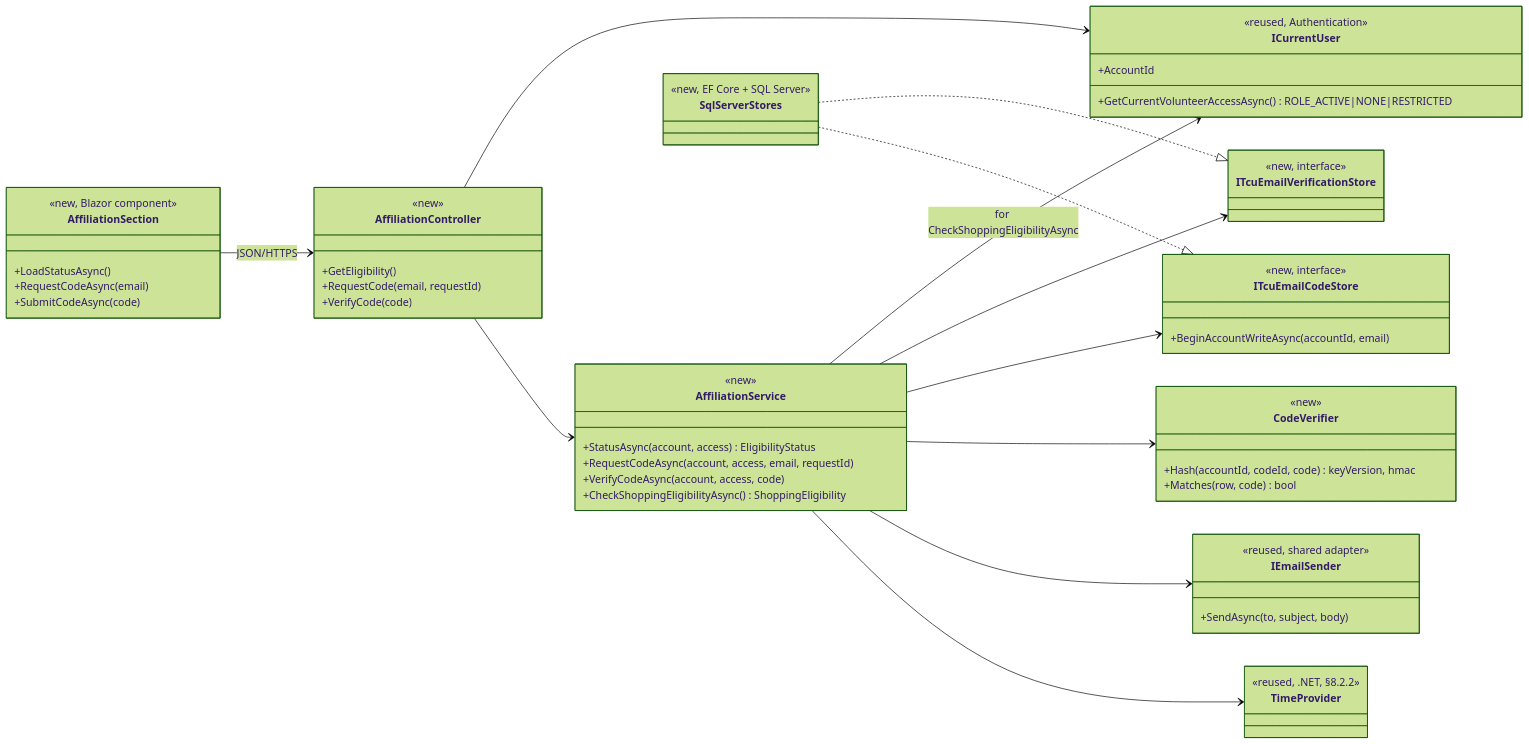
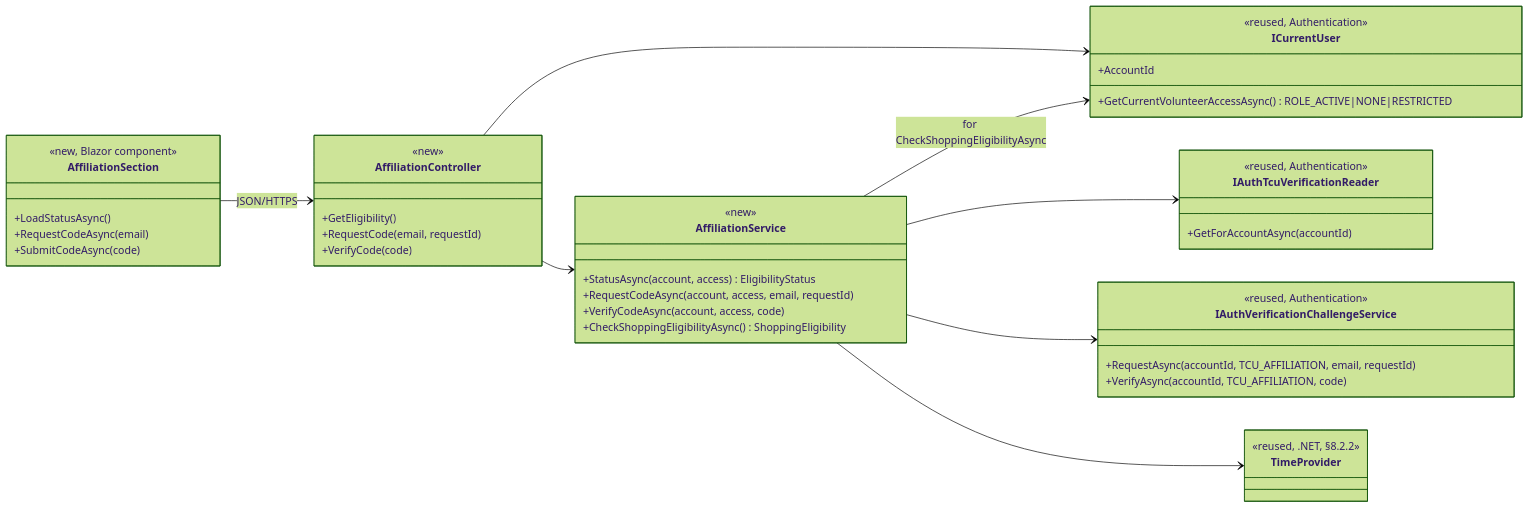
Before and after one commit to evelyntrann/cosc-40943-team-3-refrog: the first of 3 diagrams in docs/design/IDV.md, drawn with Mermaid (forest theme). The commit also changed other lines of this file and 22 other files, not shown here.

````diff
--- a/docs/design/IDV.md
+++ b/docs/design/IDV.md
@@ -40,61 +40,47 @@
 ```mermaid
 classDiagram
     direction LR
     class AffiliationSection {
         <<new, Blazor component>>
         +LoadStatusAsync()
         +RequestCodeAsync(email)
         +SubmitCodeAsync(code)
     }
     class AffiliationController {
         <<new>>
         +GetEligibility()
         +RequestCode(email, requestId)
         +VerifyCode(code)
     }
     class AffiliationService {
         <<new>>
         +StatusAsync(account, access) EligibilityStatus
         +RequestCodeAsync(account, access, email, requestId)
         +VerifyCodeAsync(account, access, code)
         +CheckShoppingEligibilityAsync() ShoppingEligibility
     }
-    class ITcuEmailVerificationStore {
-        <<new, interface>>
+    class IAuthTcuVerificationReader {
+        <<reused, Authentication>>
+        +GetForAccountAsync(accountId)
     }
-    class ITcuEmailCodeStore {
-        <<new, interface>>
-        +BeginAccountWriteAsync(accountId, email)
-    }
-    class SqlServerStores {
-        <<new, EF Core + SQL Server>>
-    }
-    class CodeVerifier {
-        <<new>>
-        +Hash(accountId, codeId, code) keyVersion, hmac
-        +Matches(row, code) bool
+    class IAuthVerificationChallengeService {
+        <<reused, Authentication>>
+        +RequestAsync(accountId, TCU_AFFILIATION, email, requestId)
+        +VerifyAsync(accountId, TCU_AFFILIATION, code)
     }
     class ICurrentUser {
         <<reused, Authentication>>
         +AccountId
         +GetCurrentVolunteerAccessAsync() ROLE_ACTIVE|NONE|RESTRICTED
-    }
-    class IEmailSender {
-        <<reused, shared adapter>>
-        +SendAsync(to, subject, body)
     }
     class TimeProvider {
         <<reused, .NET, §8.2.2>>
     }
     AffiliationSection --> AffiliationController : JSON/HTTPS
     AffiliationController --> ICurrentUser
     AffiliationController --> AffiliationService
     AffiliationService --> ICurrentUser : for CheckShoppingEligibilityAsync
-    AffiliationService --> ITcuEmailVerificationStore
-    AffiliationService --> ITcuEmailCodeStore
-    SqlServerStores ..|> ITcuEmailVerificationStore
-    SqlServerStores ..|> ITcuEmailCodeStore
-    AffiliationService --> CodeVerifier
-    AffiliationService --> IEmailSender
+    AffiliationService --> IAuthTcuVerificationReader
+    AffiliationService --> IAuthVerificationChallengeService
     AffiliationService --> TimeProvider
 ```
````
